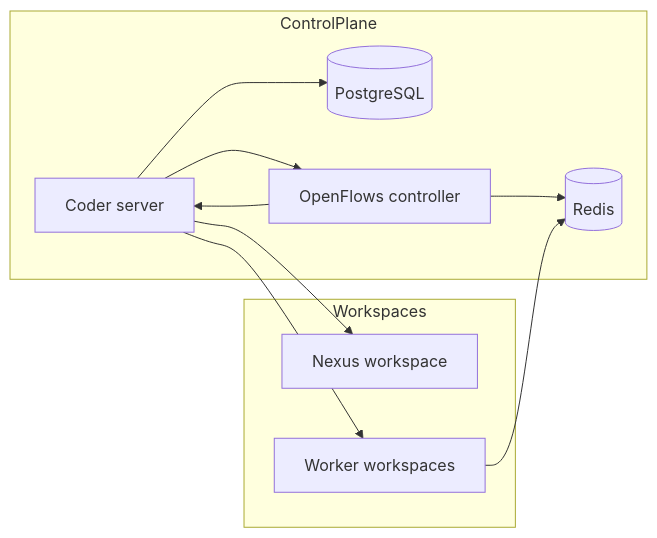
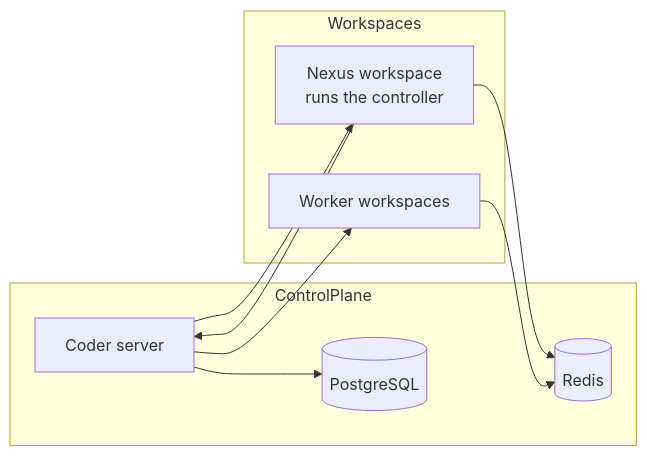
The first of 2 diagrams in docs/ARCHITECTURE-openflows.md (The-AgenticFlow/Openflows-Infra), drawn with Mermaid before and after one commit. The commit also changed other lines of this file and 1 other file, not shown here.

Commit message:
docs(architecture): fix controller model drift, in-workspace is default (#4)

````diff
--- a/docs/ARCHITECTURE-openflows.md
+++ b/docs/ARCHITECTURE-openflows.md
@@ -17,20 +17,18 @@
 ```mermaid
 flowchart LR
   subgraph ControlPlane
     C[Coder server]
     P[(PostgreSQL)]
     R[(Redis)]
-    CT[OpenFlows controller]
   end
   subgraph Workspaces
-    N[Nexus workspace]
+    N[Nexus workspace<br/>runs the controller]
     W[Worker workspaces]
   end
   C --> P
-  C --> CT
-  CT --> R
-  CT --> C
   C --> N
+  N --> R
+  N --> C
   C --> W
   W --> R
 ```
````
